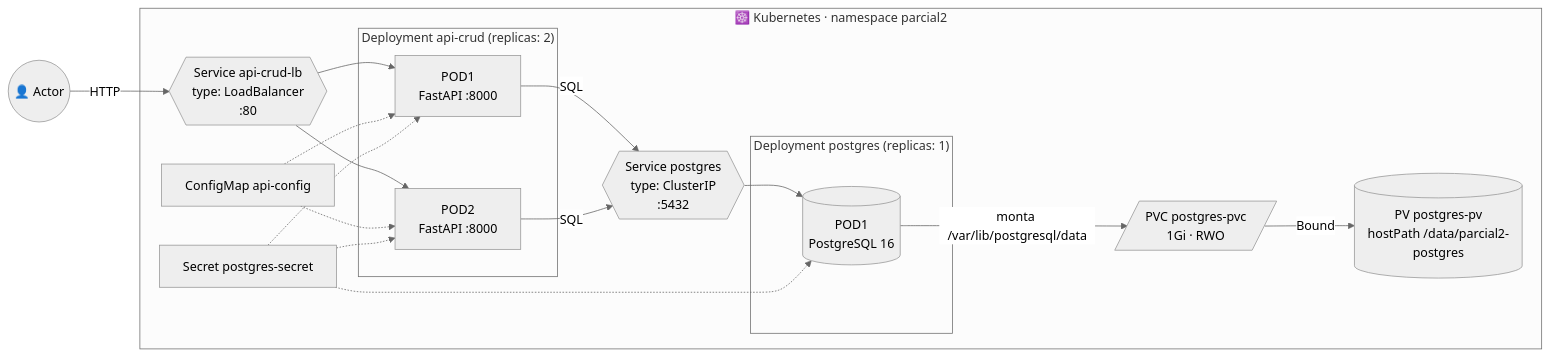
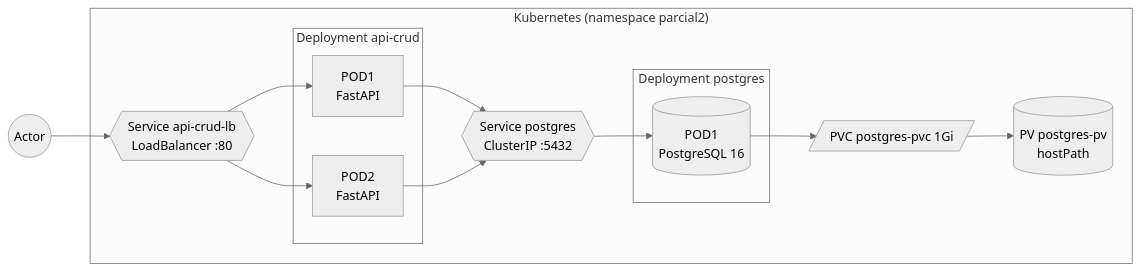
Before and after one commit to jArango82/Sistemas-distribuidos-parcial-2: the first of 2 diagrams in README.md, drawn with Mermaid (neutral theme). The commit also changed other lines of this file and 12 other files, not shown here.

````diff
--- a/README.md
+++ b/README.md
@@ -87,32 +36,27 @@
 ```mermaid
 flowchart LR
-    actor((👤 Actor))
+    actor((Actor))
 
-    subgraph K8S["☸️ Kubernetes · namespace parcial2"]
-        LB{{"Service api-crud-lb<br/>type: LoadBalancer<br/>:80"}}
+    subgraph K8S["Kubernetes (namespace parcial2)"]
+        LB{{"Service api-crud-lb<br/>LoadBalancer :80"}}
 
-        subgraph DAPI["Deployment api-crud (replicas: 2)"]
-            P1["POD1<br/>FastAPI :8000"]
-            P2["POD2<br/>FastAPI :8000"]
+        subgraph DAPI["Deployment api-crud"]
+            P1["POD1<br/>FastAPI"]
+            P2["POD2<br/>FastAPI"]
         end
 
-        SVCDB{{"Service postgres<br/>type: ClusterIP<br/>:5432"}}
+        SVCDB{{"Service postgres<br/>ClusterIP :5432"}}
 
-        subgraph DDB["Deployment postgres (replicas: 1)"]
+        subgraph DDB["Deployment postgres"]
             DB1[("POD1<br/>PostgreSQL 16")]
         end
 
-        PVC[/"PVC postgres-pvc<br/>1Gi · RWO"/]
-        PV[("PV postgres-pv<br/>hostPath /data/parcial2-postgres")]
-
-        CM["ConfigMap api-config"]
-        SEC["Secret postgres-secret"]
+        PVC[/"PVC postgres-pvc 1Gi"/]
+        PV[("PV postgres-pv<br/>hostPath")]
     end
 
-    actor -->|HTTP| LB
+    actor --> LB
     LB --> P1 & P2
-    P1 & P2 -->|SQL| SVCDB --> DB1
-    DB1 -->|monta /var/lib/postgresql/data| PVC -->|Bound| PV
-    CM -.-> P1 & P2
-    SEC -.-> P1 & P2 & DB1
+    P1 & P2 --> SVCDB --> DB1
+    DB1 --> PVC --> PV
 ```
````
